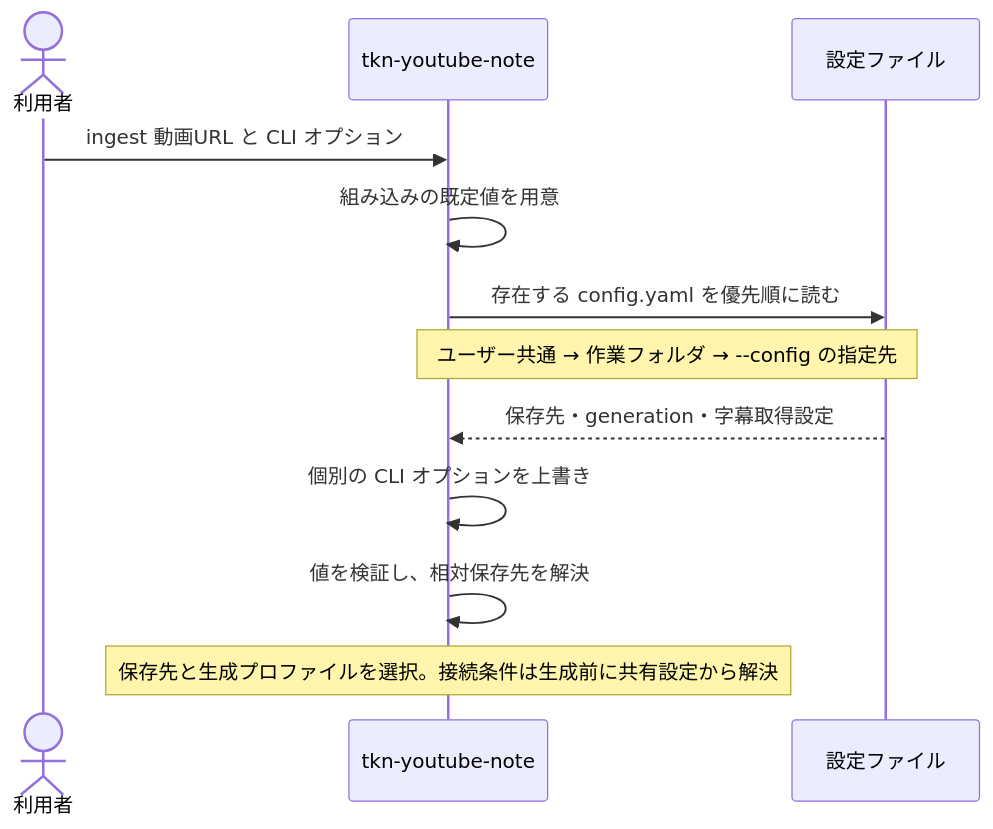
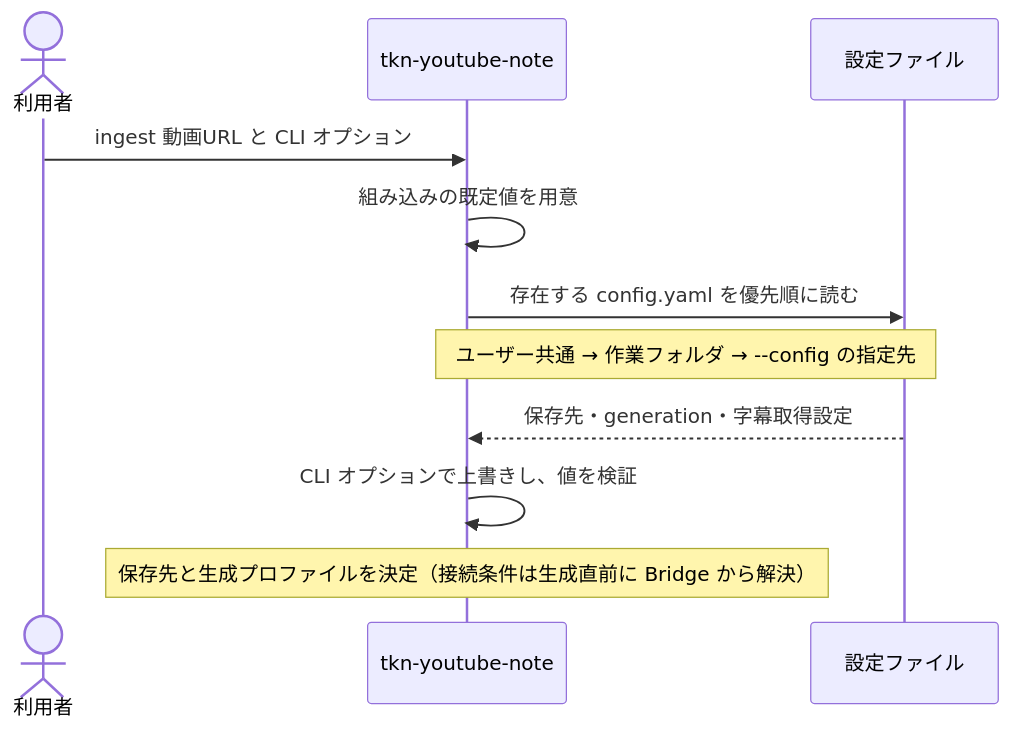
Before and after one commit to tuckn/tkn_youtube_note_pipeline: the second of 5 diagrams in README.md, drawn with Mermaid. The commit also changed other lines of this file, not shown here.

````diff
--- a/README.md
+++ b/README.md
@@ -544,15 +589,14 @@
 ```mermaid
 sequenceDiagram
     actor User as 利用者
     participant App as tkn-youtube-note
     participant Config as 設定ファイル
 
     User->>App: ingest 動画URL と CLI オプション
     App->>App: 組み込みの既定値を用意
     App->>Config: 存在する config.yaml を優先順に読む
     Note over App,Config: ユーザー共通 → 作業フォルダ → --config の指定先
     Config-->>App: 保存先・generation・字幕取得設定
-    App->>App: 個別の CLI オプションを上書き
-    App->>App: 値を検証し、相対保存先を解決
-    Note over App: 保存先と生成プロファイルを選択。接続条件は生成前に共有設定から解決
+    App->>App: CLI オプションで上書きし、値を検証
+    Note over App: 保存先と生成プロファイルを決定（接続条件は生成直前に Bridge から解決）
 ```
````
